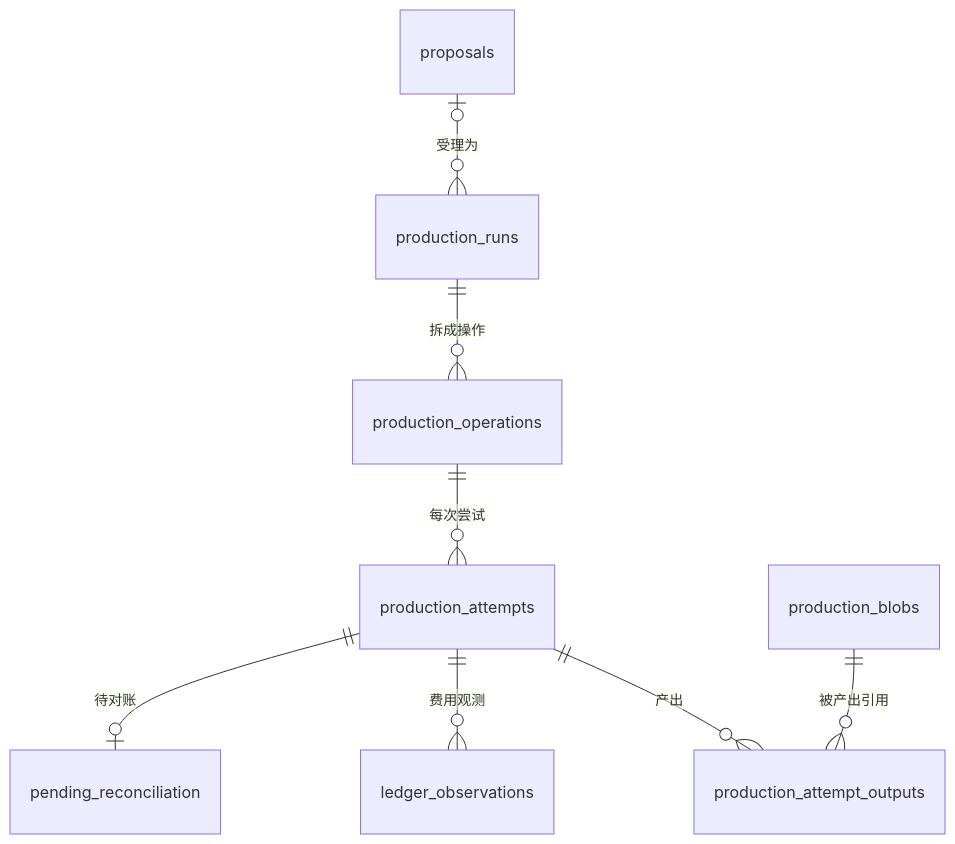
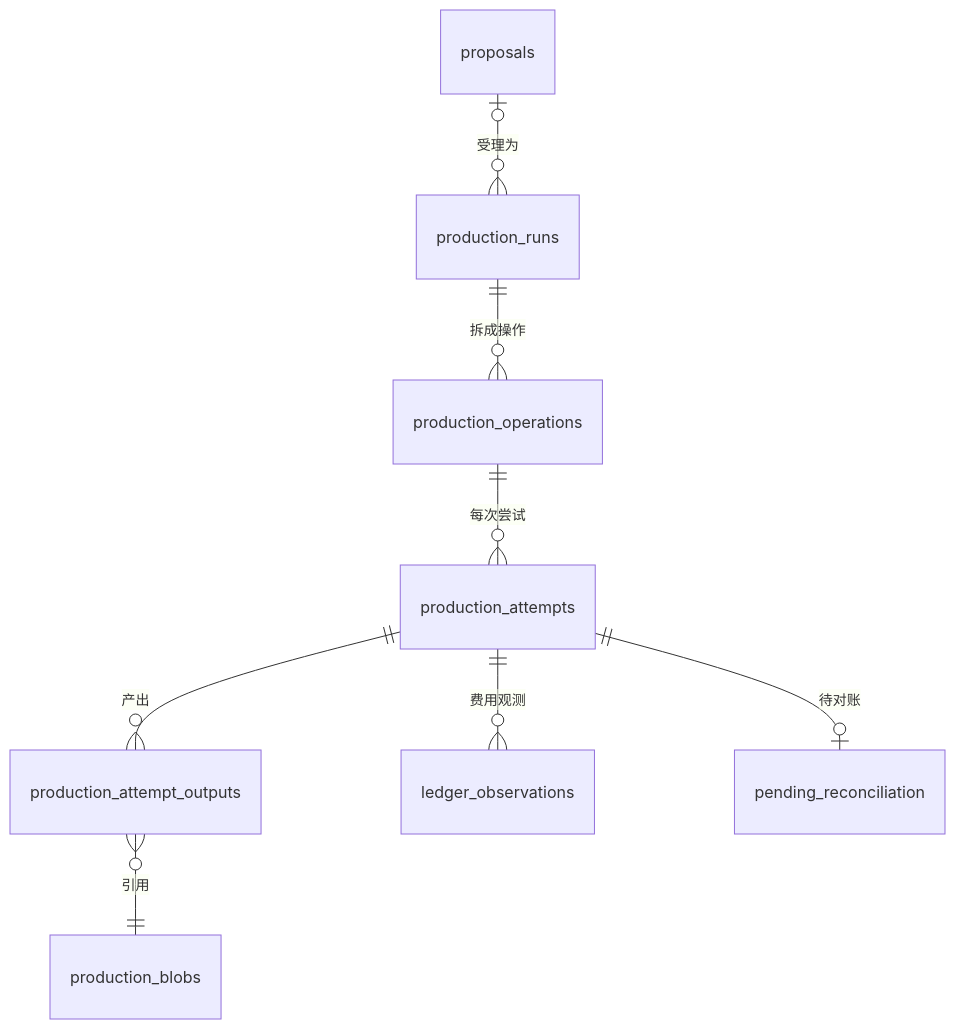
Before and after one commit to yaoziyaoguai/video-factory: the eighth of 11 diagrams in README.md, drawn with Mermaid. The commit also changed other lines of this file, not shown here.

First line of the commit message:
docs(readme): make the Mermaid diagrams render cleanly on GitHub [skip ci]

````diff
--- a/README.md
+++ b/README.md
@@ -279,10 +289,10 @@
 ```mermaid
 erDiagram
   proposals |o--o{ production_runs : "受理为"
   production_runs ||--o{ production_operations : "拆成操作"
   production_operations ||--o{ production_attempts : "每次尝试"
   production_attempts ||--o{ production_attempt_outputs : "产出"
-  production_blobs ||--o{ production_attempt_outputs : "被产出引用"
+  production_attempt_outputs }o--|| production_blobs : "引用"
   production_attempts ||--o{ ledger_observations : "费用观测"
   production_attempts ||--o| pending_reconciliation : "待对账"
 ```
````
